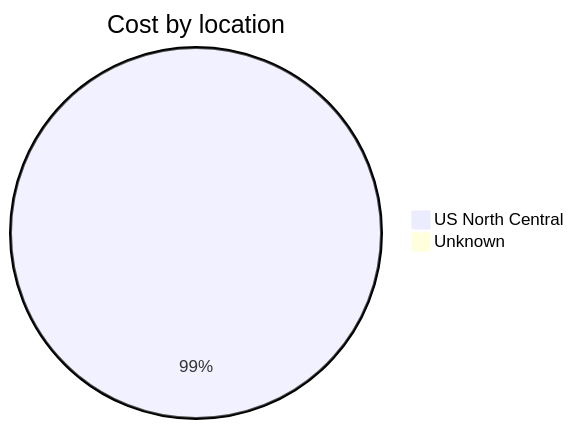
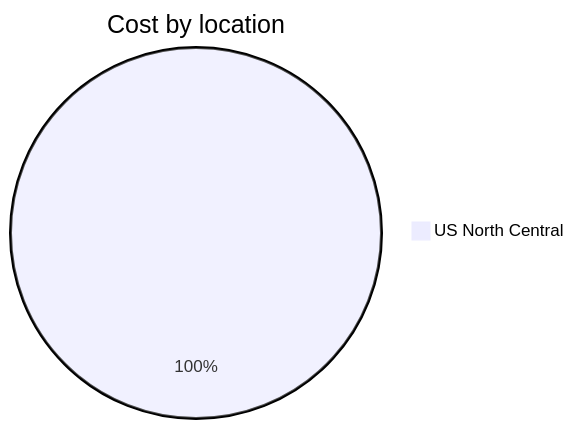
The third of 4 diagrams in cost-reports/personal-network/README.md (jpfulton/azure-personal-reports), drawn with Mermaid before and after one commit. The commit also changed other lines of this file and 8 other files, not shown here.

````diff
--- a/cost-reports/personal-network/README.md
+++ b/cost-reports/personal-network/README.md
@@ -114,6 +47,5 @@
 ```mermaid
 pie
    title Cost by location
-   "US North Central" : 48.82
-   "Unknown" : 0.47
+   "US North Central" : 0.10
 ```
````
